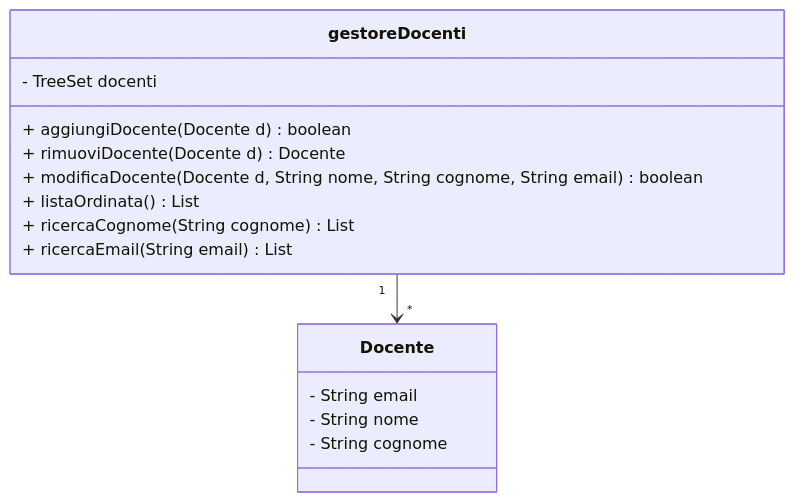
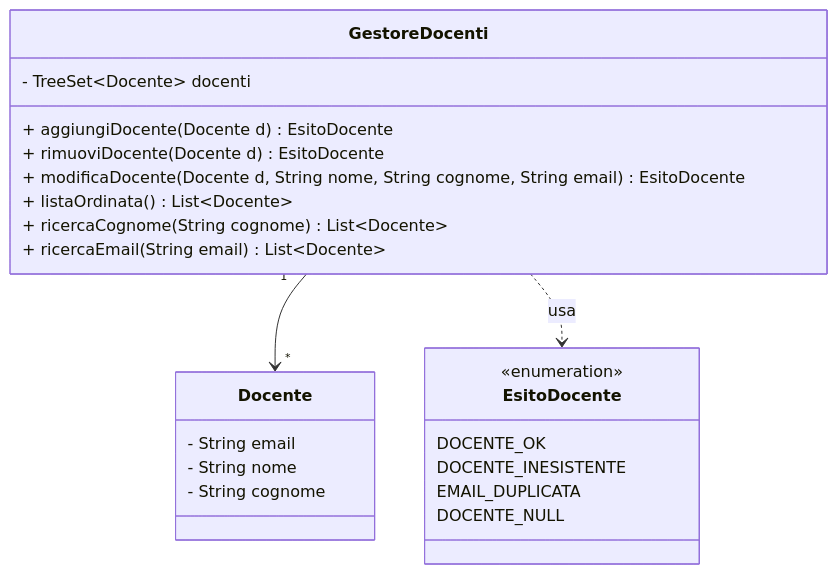
One commit to gcarbone48/PrenotazioneAule5 changed the diagram in diagrams/gestoreDocentiClass.md. Above: the diagram before and after it, drawn with Mermaid.

Commit message:
FEAT: aggiunta della enum EsitoDocente FIX: modifica del nome e typo sul tipo parametro. modifica del tipo di ritorno dei metodi di aggiunta, rimozione e modifica

````diff
--- a/diagrams/gestoreDocentiClass.md
+++ b/diagrams/gestoreDocentiClass.md
@@ -1,29 +1,42 @@
 ```mermaid
 classDiagram
     class Docente{
         - String email
         %% univoca      
         - String nome
         - String cognome
     }
 
-    class gestoreDocenti{
-        - TreeSet<Docente> docenti
+    class EsitoDocente{
+        <<enumeration>>
+        %%esito corretto
+        DOCENTE_OK
+        %%restituita se il docente passato non esiste
+        DOCENTE_INESISTENTE
+        %%restituita se la mail è già associata ad un altro docente
+        EMAIL_DUPLICATA
+        %%restituita se il docente passato è null
+        DOCENTE_NULL
+    }
+
+    class GestoreDocenti{
+        - TreeSet~Docente~ docenti
         %%restituisce un booleano con l'esito dell'operazione
-        + aggiungiDocente(Docente d) boolean
+        + aggiungiDocente(Docente d) EsitoDocente
         %%restituisce l'oggetto rimosso
-        + rimuoviDocente (Docente d) Docente
+        + rimuoviDocente (Docente d) EsitoDocente
         %%modifica docente
-        + modificaDocente (Docente d, String nome, String cognome, String email) boolean
+        + modificaDocente (Docente d, String nome, String cognome, String email) EsitoDocente
         %%restituisce una lista ordinata contenente i docenti
-        + listaOrdinata () List<Docente>
+        + listaOrdinata () List~Docente~
         %%restituisce una lista ordinata di docenti il cui cognome 
         %%contiene la stringa passata
-        + ricercaCognome (String cognome) List<Docente>
+        + ricercaCognome (String cognome) List~Docente~
         %%restituisce una lista ordinata di docenti la cui mail 
         %%contiene la stringa passata
-        + ricercaEmail (String email) List<Docente>
+        + ricercaEmail (String email) List~Docente~
     }
 
-    gestoreDocenti "1" --> "*" Docente
+    GestoreDocenti "1" --> "*" Docente
+    GestoreDocenti ..> EsitoDocente : usa
 ```
````
